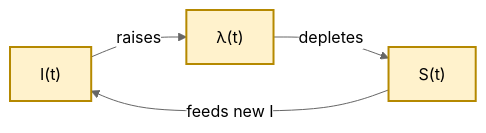
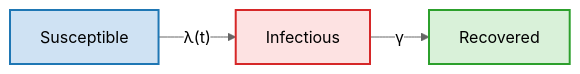
Before and after one commit to tasnim-mafiz/lorentz_center_workshop: the third of 8 diagrams in assets/presentations/intro_idm_for_survival.qmd, drawn with Mermaid (neutral theme). The commit also changed other lines of this file, not shown here.

````diff
--- a/assets/presentations/intro_idm_for_survival.qmd
+++ b/assets/presentations/intro_idm_for_survival.qmd
@@ -443,9 +161,9 @@
 ```{mermaid}
-%%| fig-width: 9
+%%| fig-width: 4.5
 flowchart LR
-  X1["I(t)"] -->|"raises"| L1["&lambda;(t)"]
-  L1 -->|"depletes"| S1["S(t)"]
-  S1 -->|"feeds new I"| X1
-  classDef k fill:#fff2cc,stroke:#b58900,stroke-width:2px
-  class X1,L1,S1 k
+  S[Susceptible]:::s -->|"λ(t)"| I[Infectious]:::i
+  I -->|"γ"| R[Recovered]:::r
+  classDef s fill:#cfe2f3,stroke:#1f77b4,stroke-width:2px
+  classDef i fill:#fde2e2,stroke:#d62728,stroke-width:2px
+  classDef r fill:#d9f1d9,stroke:#2ca02c,stroke-width:2px
 ```
````
